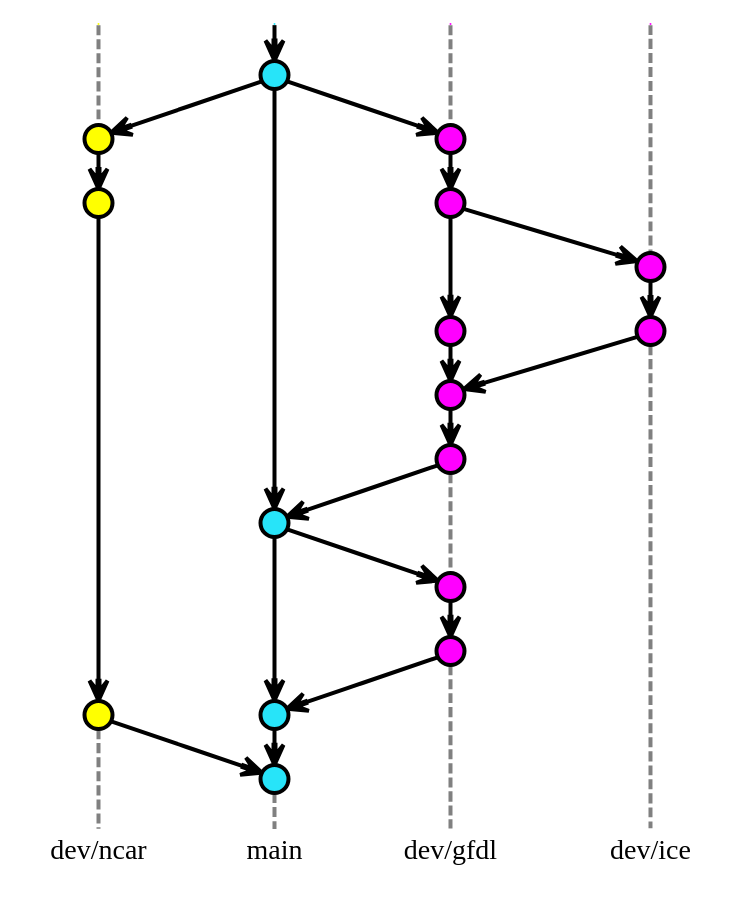
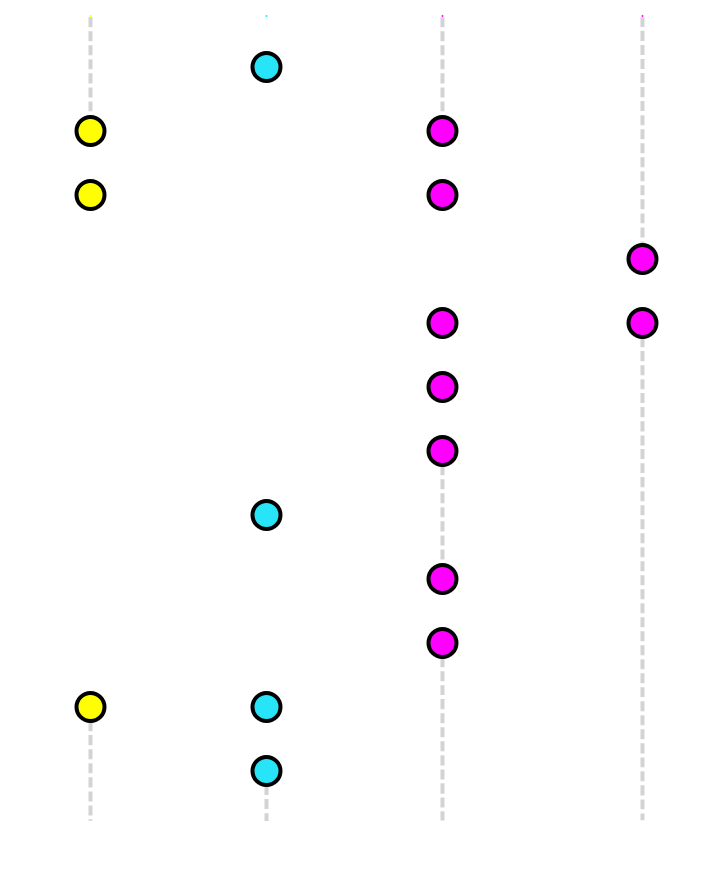
The diagram in dot/git_nodes_dev.dot (marshallward/woco2023), drawn with Graphviz before and after one commit. The commit also changed 3 other files, not shown here.

```diff
--- a/dot/git_nodes_dev.dot
+++ b/dot/git_nodes_dev.dot
@@ -1,123 +1,125 @@
 digraph git_no_ff {
     rankdir="TB"
     nodesep=0.4
     ranksep=0.25
     outputorder=edgesfirst
+
+    bgcolor = transparent
 
     // Global settings
     node [
         style=filled
         color="black"
         fontname="Inconsolata"
         fontcolor=black
     ]
     edge [
-        arrowhead=vee
-        color="black"
-        penwidth=2
+        arrowhead = vee
+        color = white
+        penwidth = 2
     ]
 
     // Branch label nodes
     node [
         fixedsize=false
         penwidth=0
         fillcolor=none
         shape=none
         width=0
         height=0
         margin="0.05"
     ]
     subgraph {
         rank=sink
-        ne [label="dev/ncar", group="ncar"]
+        ne [label="dev/ncar", group="ncar", fontcolor = white]
     }
     subgraph {
         rank=sink
-        me [label="main", group="main"]
+        me [label="main", group="main", fontcolor = white]
     }
     subgraph {
         rank=sink
-        ge [label="dev/gfdl", group="gfdl"]
+        ge [label="dev/gfdl", group="gfdl", fontcolor = white]
     }
     subgraph {
         rank=sink
-        se [label="dev/ice", group="ice"]
+        se [label="dev/ice", group="ice", fontcolor = white]
     }
 
     // Commit nodes
     node [
         width=0.2
         height=0.2
         label=""
         shape=circle
         penwidth=2
     ]
 
     // main branch
     node [
         group="main"
         fillcolor="#27E4F9"
     ]
     m1 -> m2 -> m3 -> m4
     subgraph {
         rank=source
         ms [label="", width=0, height=0, penwidth=0]
     }
-    //ms -> m1 [color="gray", style=dashed, arrowhead=none]
+    //ms -> m1 [color="lightgray", style=dashed, arrowhead=none]
     ms -> m1
-    m4 -> me [color="gray", style=dashed, arrowhead=none]
+    m4 -> me [color="lightgray", style=dashed, arrowhead=none]
 
     // GFDL branch
     node [
         group="gfdl"
         fillcolor="magenta"
     ]
     g1 -> g2 -> g2p5 -> g3 -> g4
     g5 -> g6
     subgraph {
         rank=source
         gs [label="", width=0, height=0, penwidth=0]
     }
-    gs -> g1 [color="gray", style=dashed, arrowhead=none]
-    g4 -> g5 [color="gray", style=dashed, arrowhead=none]
-    g6 -> ge [color="gray", style=dashed, arrowhead=none]
+    gs -> g1 [color="lightgray", style=dashed, arrowhead=none]
+    g4 -> g5 [color="lightgray", style=dashed, arrowhead=none]
+    g6 -> ge [color="lightgray", style=dashed, arrowhead=none]
 
     // dev branch (sea ice)
     node [
         group="ice"
         fillcolor="magenta"
     ]
     s1 -> s2
     subgraph {
         rank=source
         ss [label="", width=0, height=0, penwidth=0]
     }
-    ss -> s1 [color="gray", style=dashed, arrowhead=none]
-    s2 -> se [color="gray", style=dashed, arrowhead=none]
+    ss -> s1 [color="lightgray", style=dashed, arrowhead=none]
+    s2 -> se [color="lightgray", style=dashed, arrowhead=none]
 
     // NCAR branch
     node [
         group="ncar"
         fillcolor="yellow"
     ]
     n1 -> n2 -> n3
     subgraph {
         rank=source
         ns [label="", width=0, height=0, penwidth=0]
     }
-    ns -> n1 [color="gray", style=dashed, arrowhead=none]
-    n3 -> ne [color="gray", style=dashed, arrowhead=none]
+    ns -> n1 [color="lightgray", style=dashed, arrowhead=none]
+    n3 -> ne [color="lightgray", style=dashed, arrowhead=none]
 
     // Branch interactions
     m1 -> g1;
     m1 -> n1;
 
     g4 -> m2;
     m2 -> g5;
     g6 -> m3;
 
     g2 -> s1;
     s2 -> g3;
 
     n3 -> m4;
 }
```
